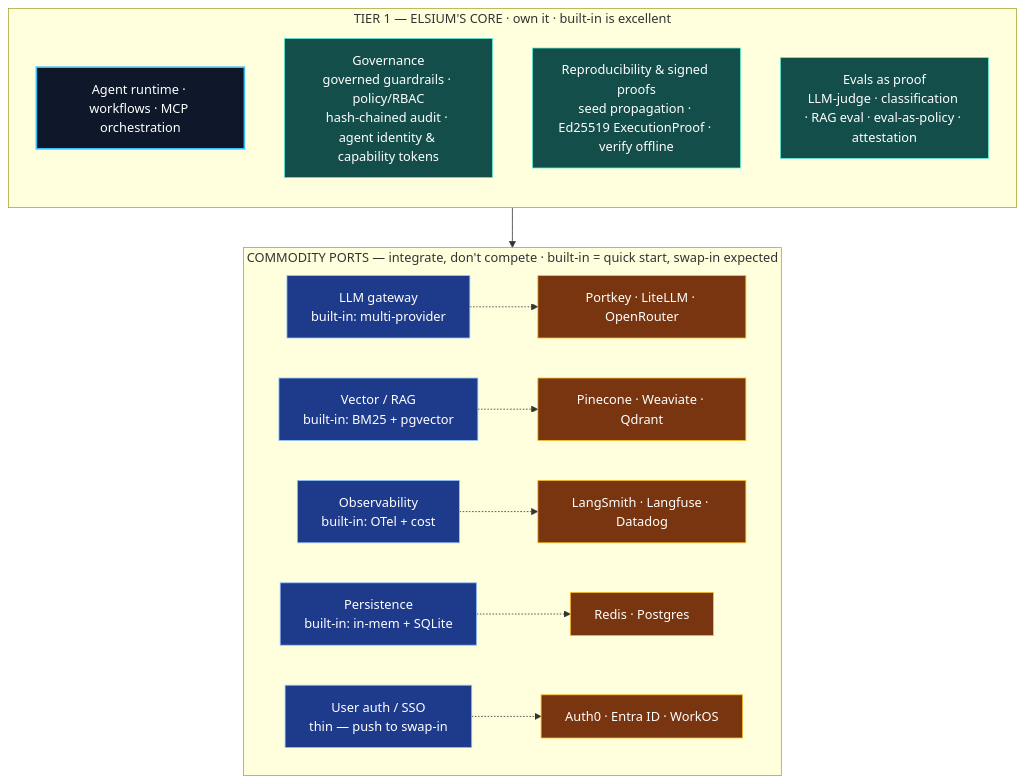
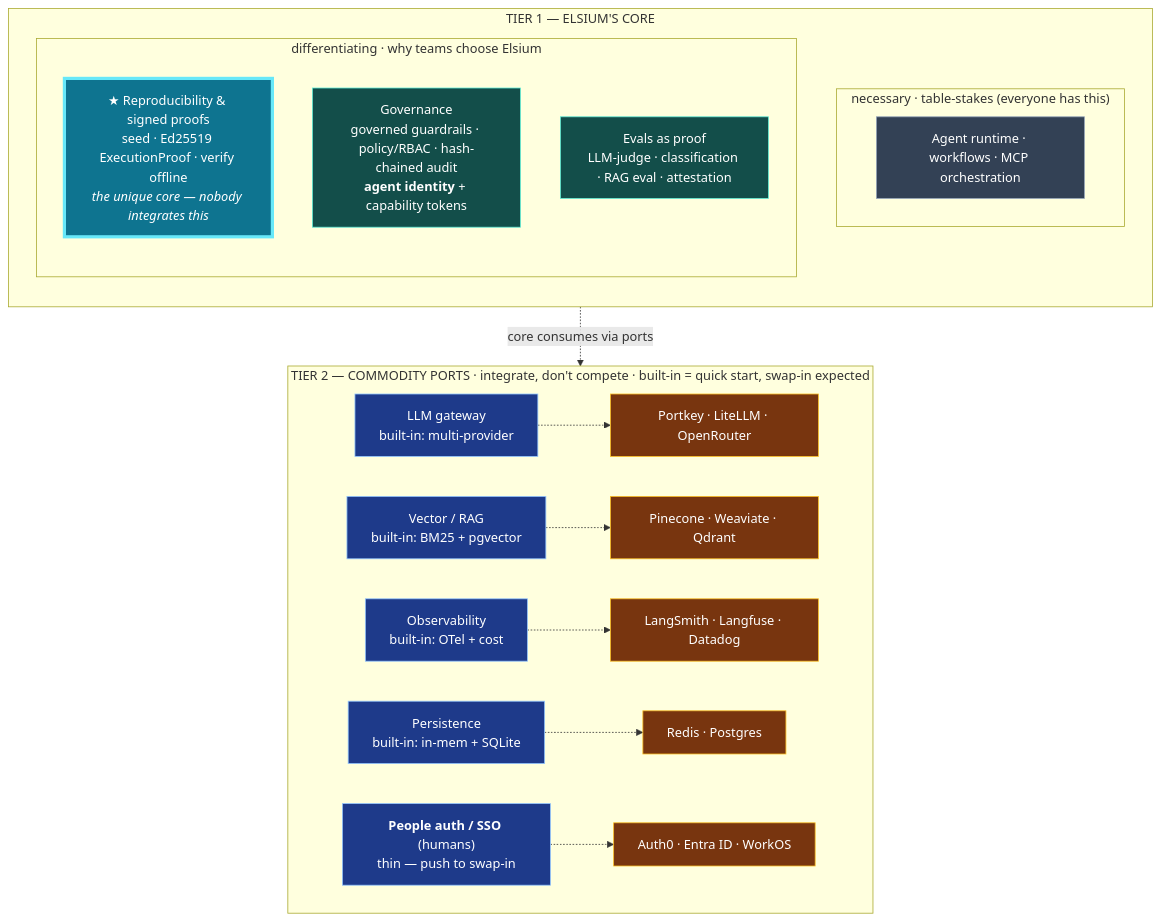
One commit to elsium-ai/elsium-ai changed the seventh of 7 diagrams in docs/architecture-diagrams.md. Above: the diagram before and after it, drawn with Mermaid. The commit also changed other lines of this file and 1 other file, not shown here.

Commit message:
chore: refine review fixes — two-tier diagram + benchmark scope limits
Address second-round reviewer feedback on the two-tier diagram and benchmark:

- diagram: split Tier 1 into "necessary" (agent runtime, table-stakes) vs
  "differentiating", highlighting reproducibility & signed proofs as the unique
  core; relabel the T1->T2 edge as consumption ("core consumes via ports"); name
  the two identities asymmetrically (agent identity in Tier 1 vs people auth/SSO
  in Tier 2) to avoid confusion
- benchmark: harden the benign set with hard near-misses that legitimately
  discuss injection/jailbreak/developer-mode (still 0% FP over 14 benign);
  declare scope limits explicitly — measures known evasions, not novel attacks;
  roadmap to validate against an external corpus

````diff
--- a/docs/architecture-diagrams.md
+++ b/docs/architecture-diagrams.md
@@ -393,30 +393,37 @@
 ```mermaid
 flowchart TB
-    subgraph T1["TIER 1 — ELSIUM'S CORE · own it · built-in is excellent"]
+    subgraph T1["TIER 1 — ELSIUM'S CORE"]
         direction TB
-        RUNTIME["Agent runtime · workflows · MCP orchestration"]
-        GOV["Governance<br/>governed guardrails · policy/RBAC<br/>hash-chained audit · agent identity & capability tokens"]
-        REPRO["Reproducibility & signed proofs<br/>seed propagation · Ed25519 ExecutionProof · verify offline"]
-        EVALS["Evals as proof<br/>LLM-judge · classification · RAG eval · eval-as-policy · attestation"]
+        subgraph NEC["necessary · table-stakes (everyone has this)"]
+            RUNTIME["Agent runtime · workflows · MCP orchestration"]
+        end
+        subgraph DIFF["differentiating · why teams choose Elsium"]
+            direction TB
+            REPRO["★ Reproducibility & signed proofs<br/>seed · Ed25519 ExecutionProof · verify offline<br/><i>the unique core — nobody integrates this</i>"]
+            GOV["Governance<br/>governed guardrails · policy/RBAC · hash-chained audit<br/><b>agent identity</b> + capability tokens"]
+            EVALS["Evals as proof<br/>LLM-judge · classification · RAG eval · attestation"]
+        end
     end
 
-    T1 --> T2
+    T1 -. "core consumes via ports" .-> T2
 
-    subgraph T2["COMMODITY PORTS — integrate, don't compete · built-in = quick start, swap-in expected"]
+    subgraph T2["TIER 2 — COMMODITY PORTS · integrate, don't compete · built-in = quick start, swap-in expected"]
         direction LR
         PL["LLM gateway<br/>built-in: multi-provider"] -.-> XL["Portkey · LiteLLM · OpenRouter"]
         PR["Vector / RAG<br/>built-in: BM25 + pgvector"] -.-> XR["Pinecone · Weaviate · Qdrant"]
         PO["Observability<br/>built-in: OTel + cost"] -.-> XO["LangSmith · Langfuse · Datadog"]
         PS["Persistence<br/>built-in: in-mem + SQLite"] -.-> XS["Redis · Postgres"]
-        PA["User auth / SSO<br/>thin — push to swap-in"] -.-> XA["Auth0 · Entra ID · WorkOS"]
+        PA["<b>People auth / SSO</b> (humans)<br/>thin — push to swap-in"] -.-> XA["Auth0 · Entra ID · WorkOS"]
     end
 
-    classDef core fill:#0f172a,stroke:#38bdf8,color:#fff,stroke-width:2px
+    classDef hero fill:#0e7490,stroke:#67e8f9,color:#fff,stroke-width:4px
     classDef diff fill:#134e4a,stroke:#5eead4,color:#fff
+    classDef nec fill:#334155,stroke:#94a3b8,color:#fff
     classDef port fill:#1e3a8a,stroke:#93c5fd,color:#fff
     classDef ext fill:#78350f,stroke:#fbbf24,color:#fff
-    class RUNTIME core
-    class GOV,REPRO,EVALS diff
+    class REPRO hero
+    class GOV,EVALS diff
+    class RUNTIME nec
     class PL,PR,PO,PS,PA port
     class XL,XR,XO,XS,XA ext
 ```
````
